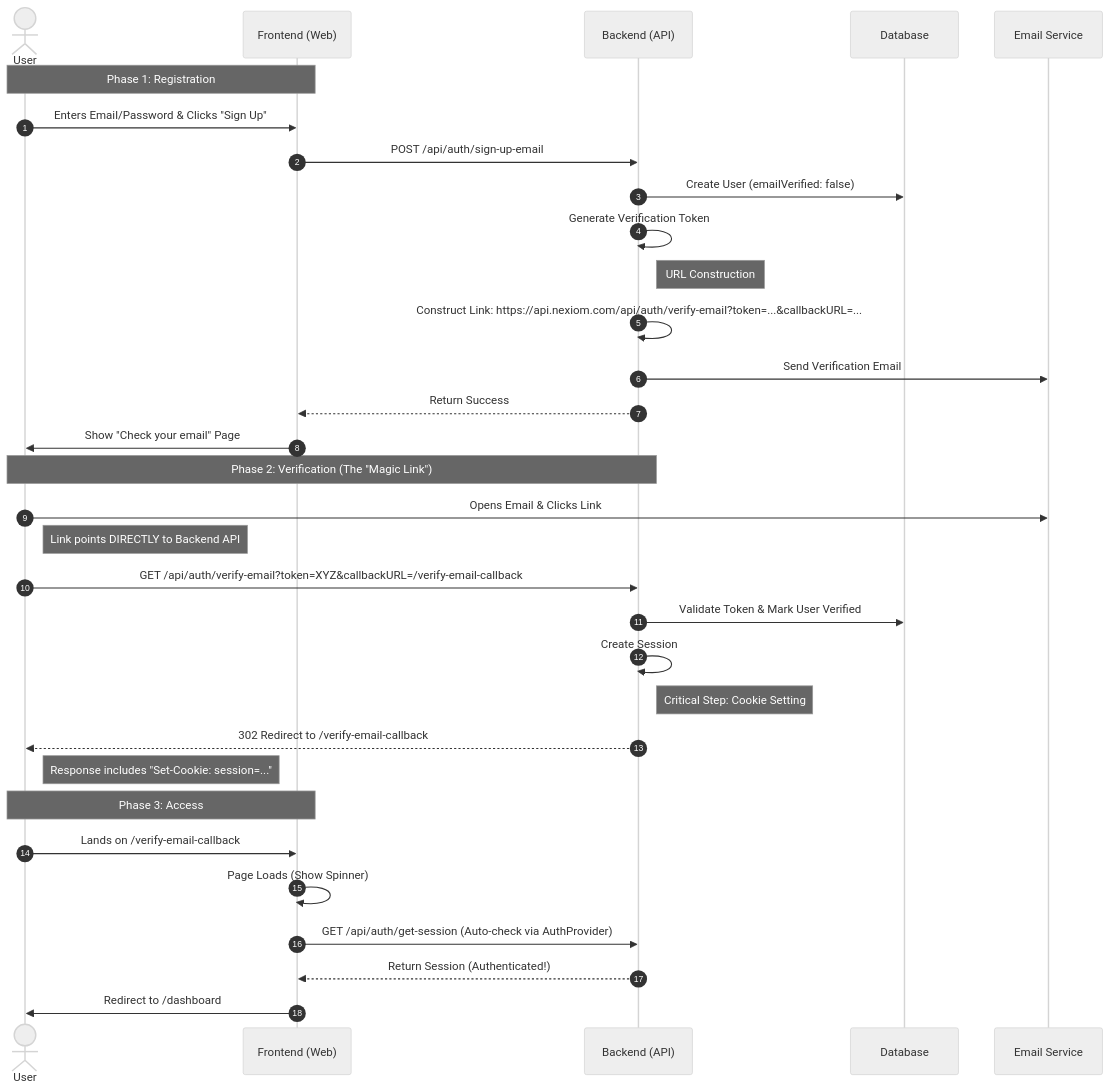
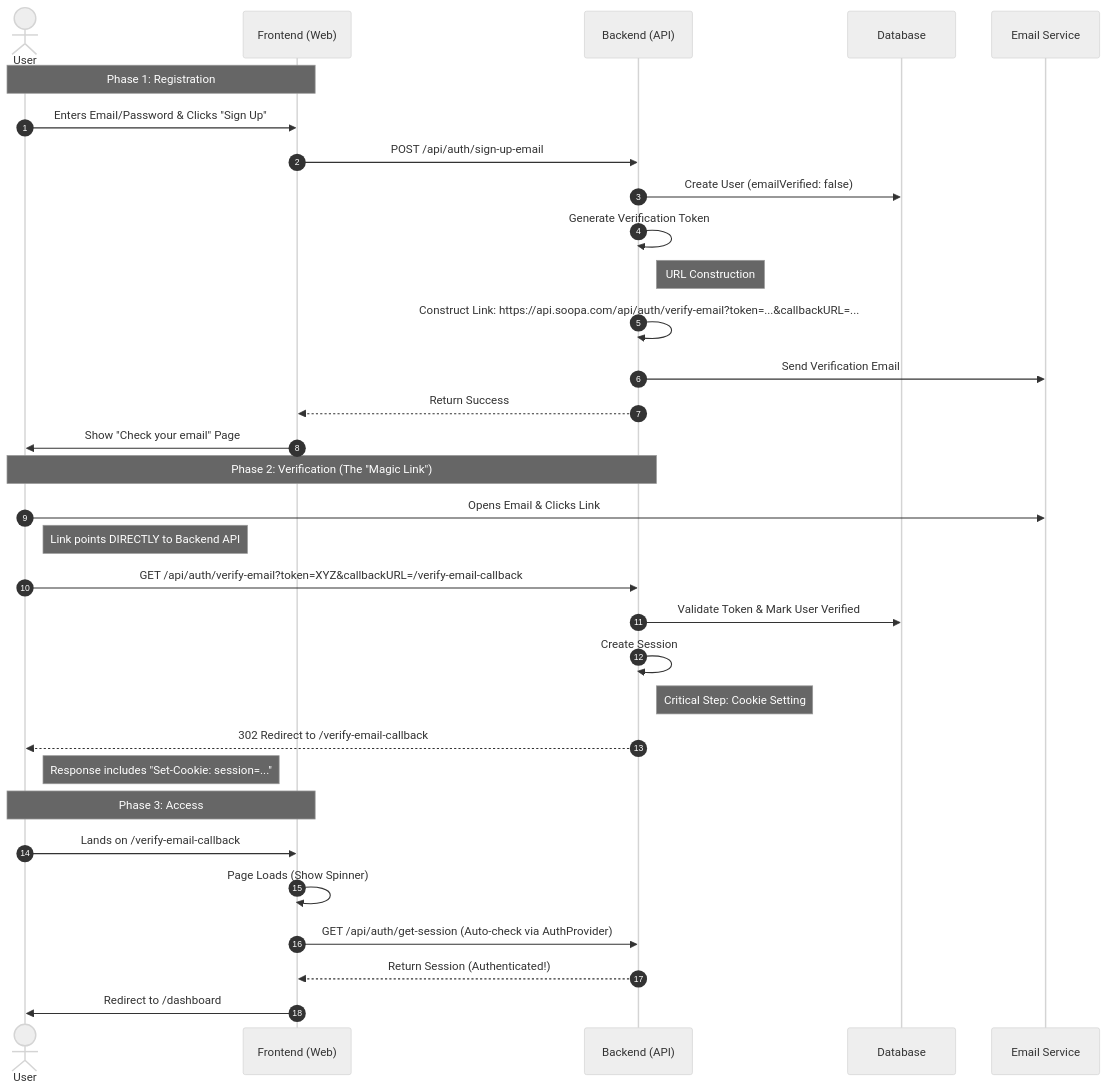
The diagram in docs/architecture/email_verification_flow.md (pramodnarayana/nexiom), drawn with Mermaid (neutral theme) before and after one commit. The commit also changed other lines of this file and 148 other files, not shown here.

````diff
--- a/docs/architecture/email_verification_flow.md
+++ b/docs/architecture/email_verification_flow.md
@@ -27,43 +27,43 @@
 ```mermaid
 sequenceDiagram
     autonumber
     actor User
     participant FE as Frontend (Web)
     participant API as Backend (API)
     participant DB as Database
     participant Email as Email Service
 
     Note over User, FE: Phase 1: Registration
     User->>FE: Enters Email/Password & Clicks "Sign Up"
     FE->>API: POST /api/auth/sign-up-email
     API->>DB: Create User (emailVerified: false)
     API->>API: Generate Verification Token
     
     Note right of API: URL Construction
-    API->>API: Construct Link: https://api.nexiom.com/api/auth/verify-email?token=...&callbackURL=...
+    API->>API: Construct Link: https://api.soopa.com/api/auth/verify-email?token=...&callbackURL=...
     
     API->>Email: Send Verification Email
     API-->>FE: Return Success
     FE->>User: Show "Check your email" Page
 
     Note over User, API: Phase 2: Verification (The "Magic Link")
     User->>Email: Opens Email & Clicks Link
     
     Note right of User: Link points DIRECTLY to Backend API
     User->>API: GET /api/auth/verify-email?token=XYZ&callbackURL=/verify-email-callback
     
     API->>DB: Validate Token & Mark User Verified
     API->>API: Create Session
     
     Note right of API: Critical Step: Cookie Setting
     API-->>User: 302 Redirect to /verify-email-callback
     Note right of User: Response includes "Set-Cookie: session=..."
     
     Note over User, FE: Phase 3: Access
     User->>FE: Lands on /verify-email-callback
     FE->>FE: Page Loads (Show Spinner)
     FE->>API: GET /api/auth/get-session (Auto-check via AuthProvider)
     API-->>FE: Return Session (Authenticated!)
     
     FE->>User: Redirect to /dashboard
 ```
````
